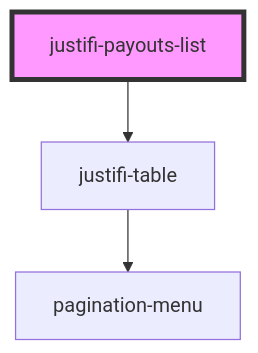
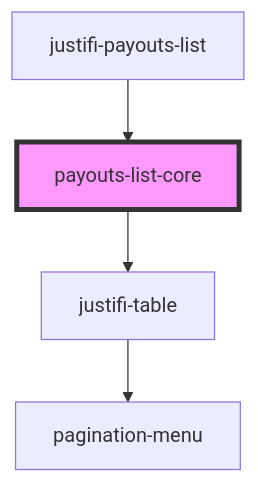
One commit to justifi-tech/web-component-library changed the diagram in packages/webcomponents/src/components/payouts-list/readme.md. Above: the diagram before and after it, drawn with Mermaid. The commit also changed other lines of this file and 33 other files, not shown here.

Commit message:
Separate business-form-stepped into new directory, delete unused schema files

````diff
--- a/packages/webcomponents/src/components/payouts-list/readme.md
+++ b/packages/webcomponents/src/components/payouts-list/readme.md
@@ -30,6 +33,7 @@
 ```mermaid
 graph TD;
-  justifi-payouts-list --> justifi-table
+  payouts-list-core --> justifi-table
   justifi-table --> pagination-menu
-  style justifi-payouts-list fill:#f9f,stroke:#333,stroke-width:4px
+  justifi-payouts-list --> payouts-list-core
+  style payouts-list-core fill:#f9f,stroke:#333,stroke-width:4px
 ```
````
